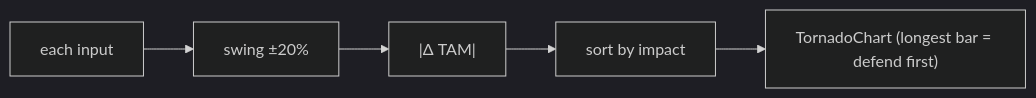
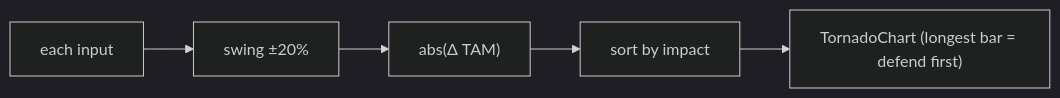
Diagram 18 of 54 in docs/architecture/DIAGRAMS.md (ArkashJ/Strata), drawn with Mermaid (dark theme) before and after one commit. The commit also changed other lines of this file and 3 other files, not shown here.

First line of the commit message:
fix(resolver): token-coverage concept matching (kill false-positive TAMs) + 13 architecture diagrams (#123)

````diff
--- a/docs/architecture/DIAGRAMS.md
+++ b/docs/architecture/DIAGRAMS.md
@@ -302,7 +326,7 @@
 ```mermaid
 flowchart LR
   IN["each input"] --> SWING["swing ±20%"]
-  SWING --> IMP["|Δ TAM|"]
+  SWING --> IMP["abs(Δ TAM)"]
   IMP --> SORT["sort by impact"]
   SORT --> BAR["TornadoChart (longest bar = defend first)"]
 ```
````
